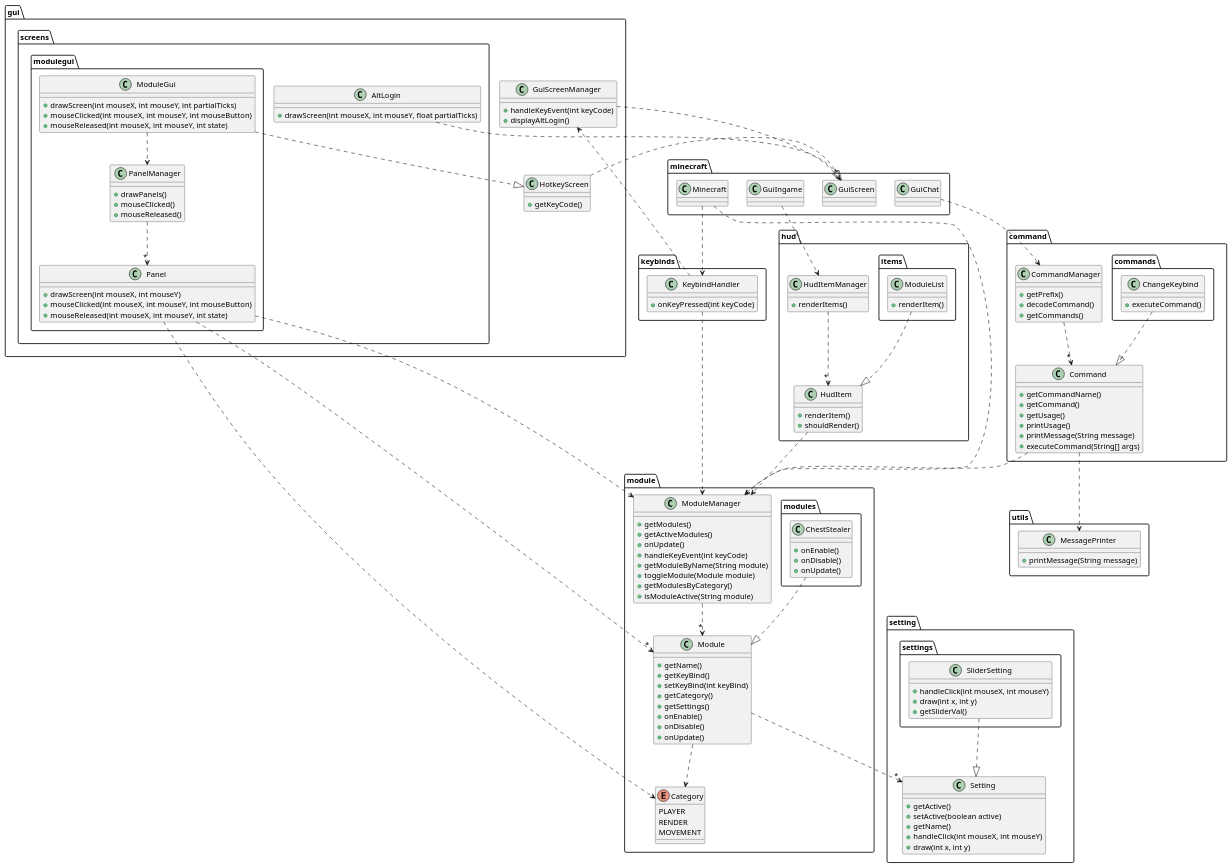
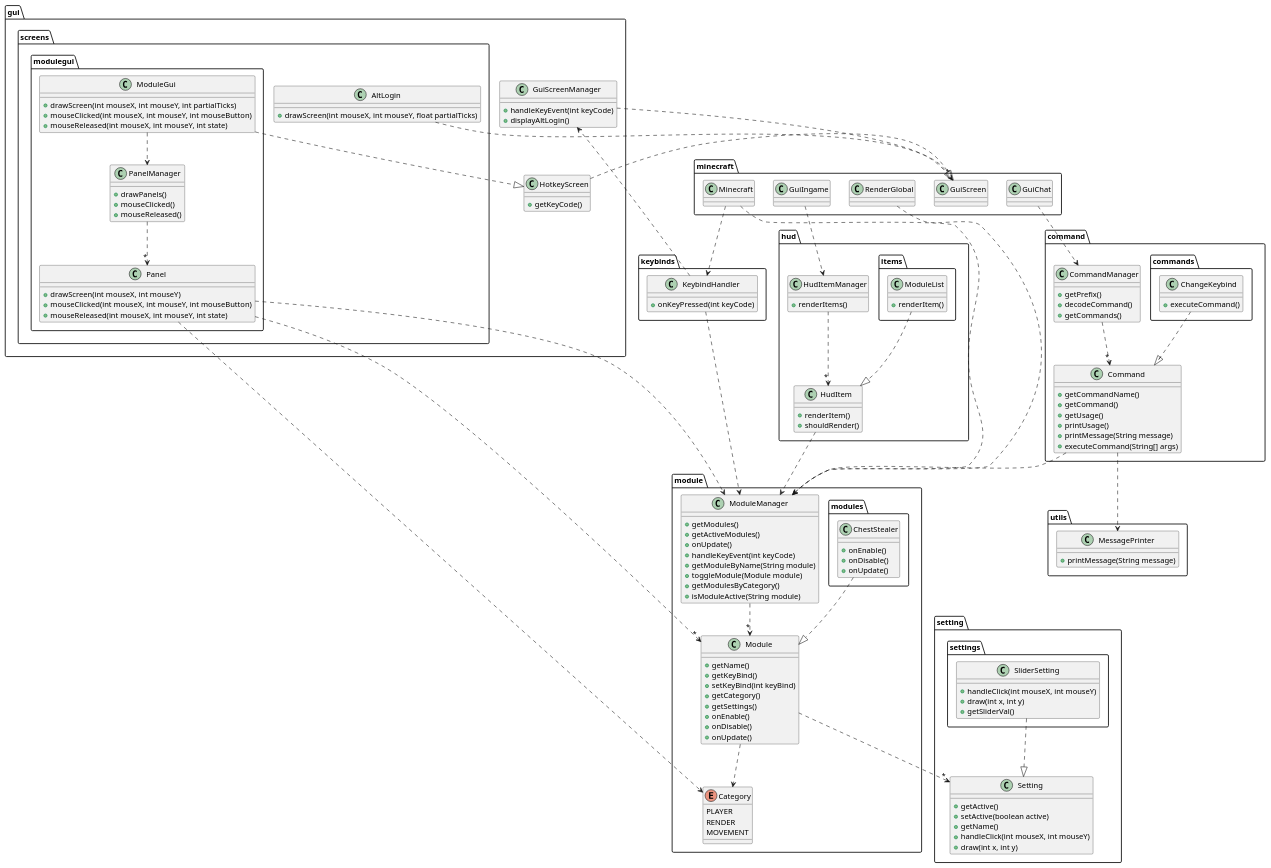
The diagram in jetclient/docs/jetclient.puml (philipp-sebastian/jetclient), drawn with PlantUML before and after one commit. The commit also changed 3 other files, not shown here.

```diff
--- a/jetclient/docs/jetclient.puml
+++ b/jetclient/docs/jetclient.puml
@@ -1,182 +1,184 @@
 @startuml
 
 namespace minecraft {
 class Minecraft
 class GuiScreen
 class GuiChat
 class GuiIngame
+class RenderGlobal
 }
 
 namespace command {
 class Command {
     + getCommandName()
     + getCommand()
     + getUsage()
     + printUsage()
     + printMessage(String message)
     + executeCommand(String[] args)
 }
 
 namespace commands {
 class ChangeKeybind {
     + executeCommand()
 }
 }
 
 class CommandManager {
     + getPrefix()
     + decodeCommand()
     + getCommands()
 }
 }
 
 namespace gui {
 namespace screens {
 namespace modulegui {
 class Panel {
     + drawScreen(int mouseX, int mouseY)
     + mouseClicked(int mouseX, int mouseY, int mouseButton)
     + mouseReleased(int mouseX, int mouseY, int state)
 }
 
 class PanelManager {
     + drawPanels()
     + mouseClicked()
     + mouseReleased()
 }
 class ModuleGui {
     + drawScreen(int mouseX, int mouseY, int partialTicks)
     + mouseClicked(int mouseX, int mouseY, int mouseButton)
     + mouseReleased(int mouseX, int mouseY, int state)
 }
 }
 
 class AltLogin {
     + drawScreen(int mouseX, int mouseY, float partialTicks)
 }
 }
 
 class GuiScreenManager {
     + handleKeyEvent(int keyCode)
     + displayAltLogin()
 }
 
 class HotkeyScreen {
     + getKeyCode()
 }
 }
 
 namespace hud {
 class HudItem {
     + renderItem()
     + shouldRender()
 }
 
 namespace items {
 class ModuleList {
     + renderItem()
 }
 }
 
 class HudItemManager {
     + renderItems()
 }
 }
 
 namespace keybinds {
 class KeybindHandler {
     + onKeyPressed(int keyCode)
 }
 }
 
 namespace module {
 class Module {
     + getName()
     + getKeyBind()
     + setKeyBind(int keyBind)
     + getCategory()
     + getSettings()
     + onEnable()
     + onDisable()
     + onUpdate()
 }
 
 namespace modules {
 class ChestStealer {
     + onEnable()
     + onDisable()
     + onUpdate()
 }
 }
 
 class ModuleManager {
     + getModules()
     + getActiveModules()
     + onUpdate()
     + handleKeyEvent(int keyCode)
     + getModuleByName(String module)
     + toggleModule(Module module)
     + getModulesByCategory()
     + isModuleActive(String module)
 }
 
 enum Category {
     PLAYER
     RENDER
     MOVEMENT
 }
 }
 
 namespace setting {
 class Setting {
     + getActive()
     + setActive(boolean active)
     + getName()
     + handleClick(int mouseX, int mouseY)
     + draw(int x, int y)
 }
 
 namespace settings {
 class SliderSetting {
     + handleClick(int mouseX, int mouseY)
     + draw(int x, int y)
     + getSliderVal()
 }
 }
 }
 
 namespace utils {
 class MessagePrinter {
     + printMessage(String message)
 }
 }
 
 Minecraft ..> ModuleManager
 Minecraft ..> KeybindHandler
+RenderGlobal ..> ModuleManager
 GuiChat ..> CommandManager
 GuiIngame ..> HudItemManager
 GuiScreenManager ..> "*" GuiScreen
 ModuleGui ..|> HotkeyScreen
 HotkeyScreen ..|> GuiScreen
 AltLogin ..|> GuiScreen
 ModuleManager ..> "*" Module
 Module ..> Category
 Module ..> "*" Setting
 KeybindHandler ..> ModuleManager
 KeybindHandler ..> GuiScreenManager
 Panel ..> "*" Module
 Panel ..> Category
 ModuleGui ..> PanelManager
 PanelManager ..> "*" Panel
 Panel ..> ModuleManager
 HudItem ..> ModuleManager
 HudItemManager ..> "*" HudItem
 CommandManager ..> "*" Command
 Command ..> ModuleManager
 Command ..> MessagePrinter
 ChangeKeybind ..|> Command
 ModuleList ..|> HudItem
 ChestStealer ..|> Module
 SliderSetting ..|> Setting
 
 @enduml
```
